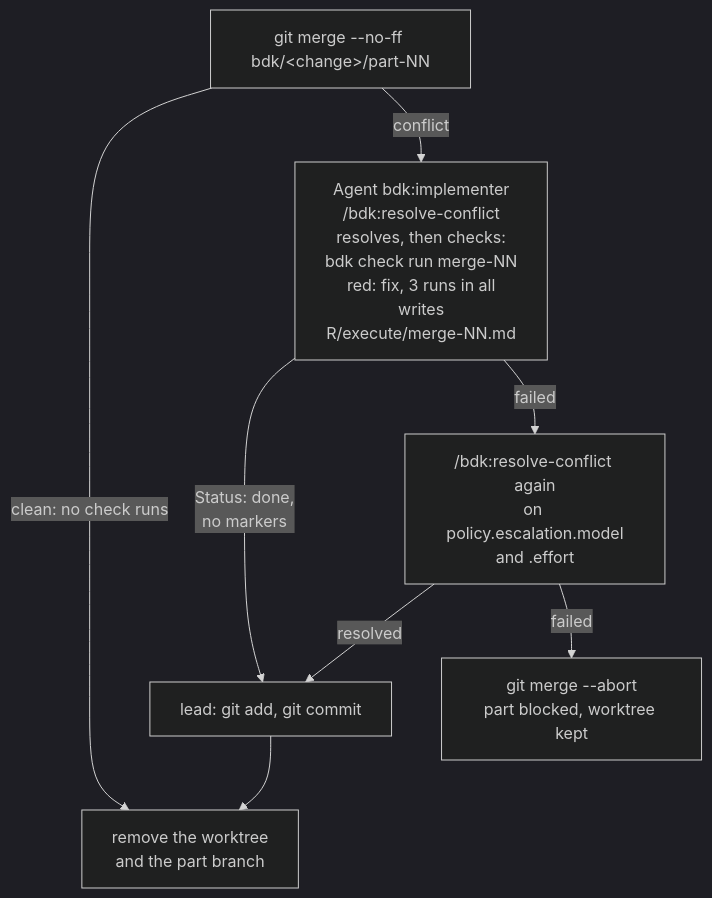
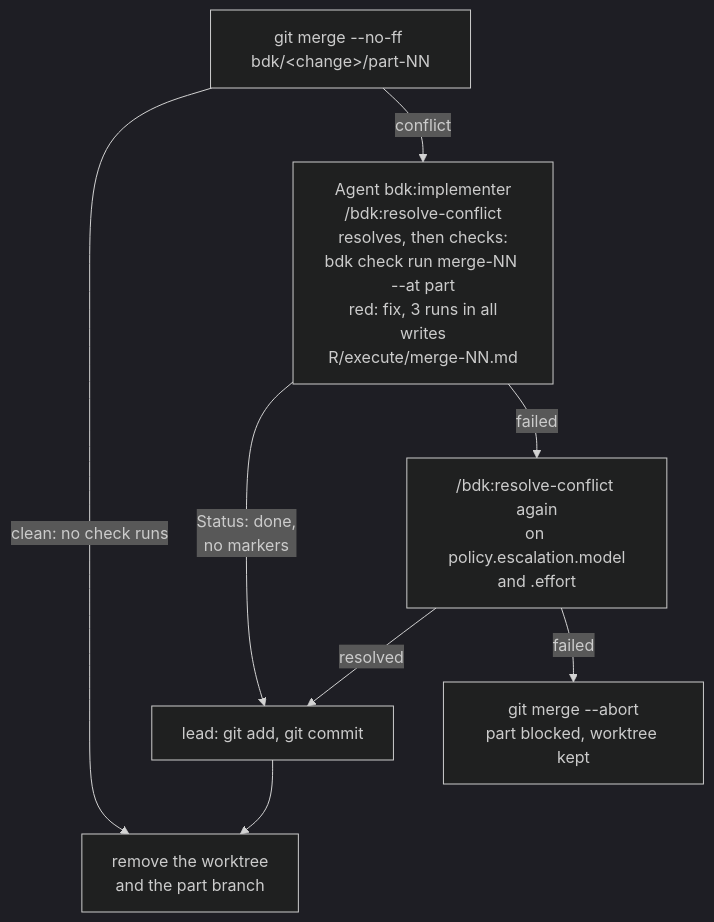
One commit to broneq/bdk changed the eighth of 15 diagrams in docs/concepts/orchestrators.md. Above: the diagram before and after it, drawn with Mermaid (dark theme). The commit also changed other lines of this file and 119 other files, not shown here.

First line of the commit message:
feat(bdk)!: run checks at part, wave and review points

````diff
--- a/docs/concepts/orchestrators.md
+++ b/docs/concepts/orchestrators.md
@@ -162,11 +163,11 @@
 ```mermaid
 %%{init: {"flowchart": {"wrappingWidth": 200}}}%%
 flowchart TB
   MER["git merge --no-ff bdk/&lt;change&gt;/part-NN"]
   MER -->|"clean: no check runs"| MC["remove the worktree<br/>and the part branch"]
-  MER -->|"conflict"| RC["Agent bdk:implementer<br/>/bdk:resolve-conflict<br/>resolves, then checks:<br/>bdk check run merge-NN<br/>red: fix, 3 runs in all<br/>writes<br/>R/execute/merge-NN.md"]
+  MER -->|"conflict"| RC["Agent bdk:implementer<br/>/bdk:resolve-conflict<br/>resolves, then checks:<br/>bdk check run merge-NN --at part<br/>red: fix, 3 runs in all<br/>writes<br/>R/execute/merge-NN.md"]
   RC -->|"Status: done,<br/>no markers"| CM["lead: git add, git commit"] --> MC
   RC -->|"failed"| RC2["/bdk:resolve-conflict again<br/>on policy.escalation.model<br/>and .effort"]
   RC2 -->|"resolved"| CM
   RC2 -->|"failed"| AB["git merge --abort<br/>part blocked, worktree kept"]
 ```
````
